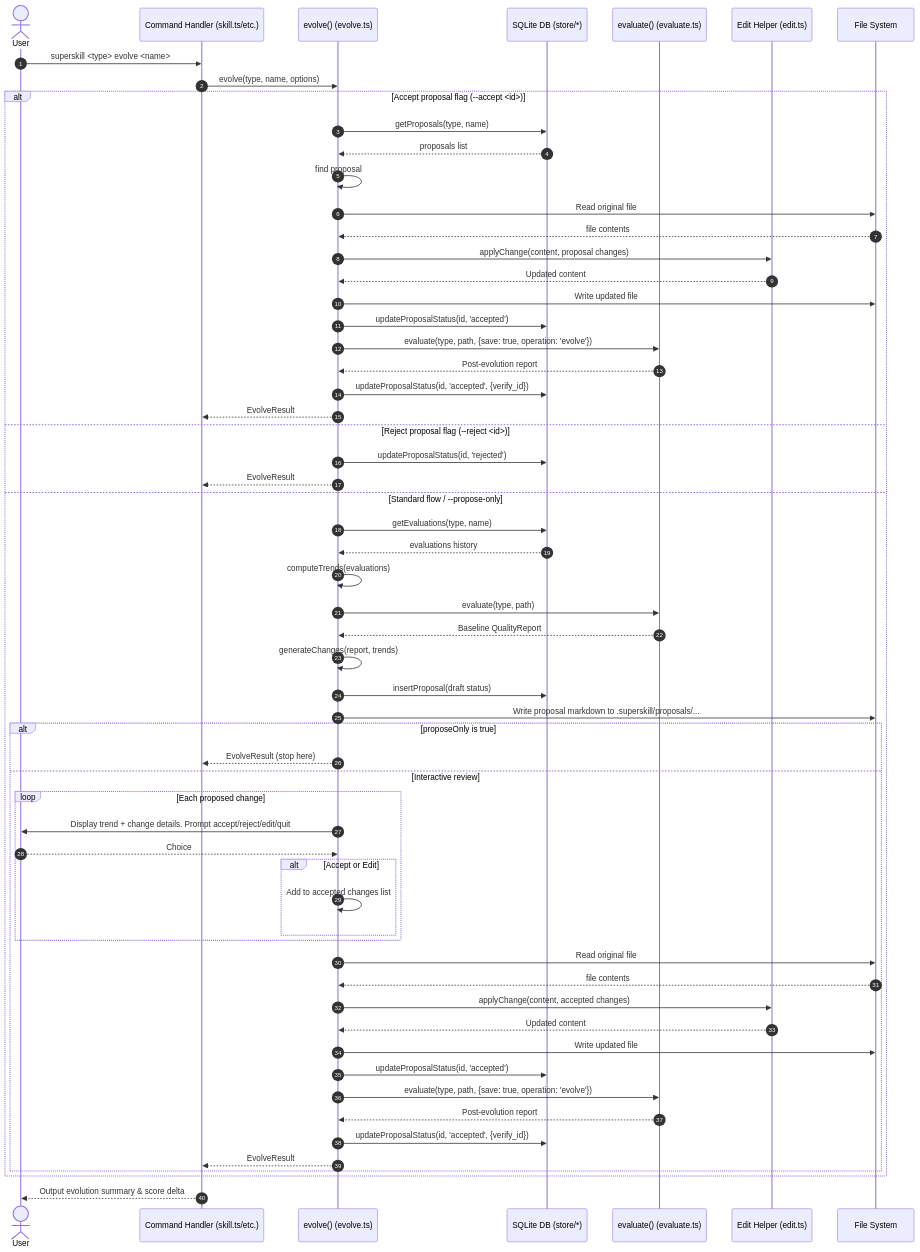
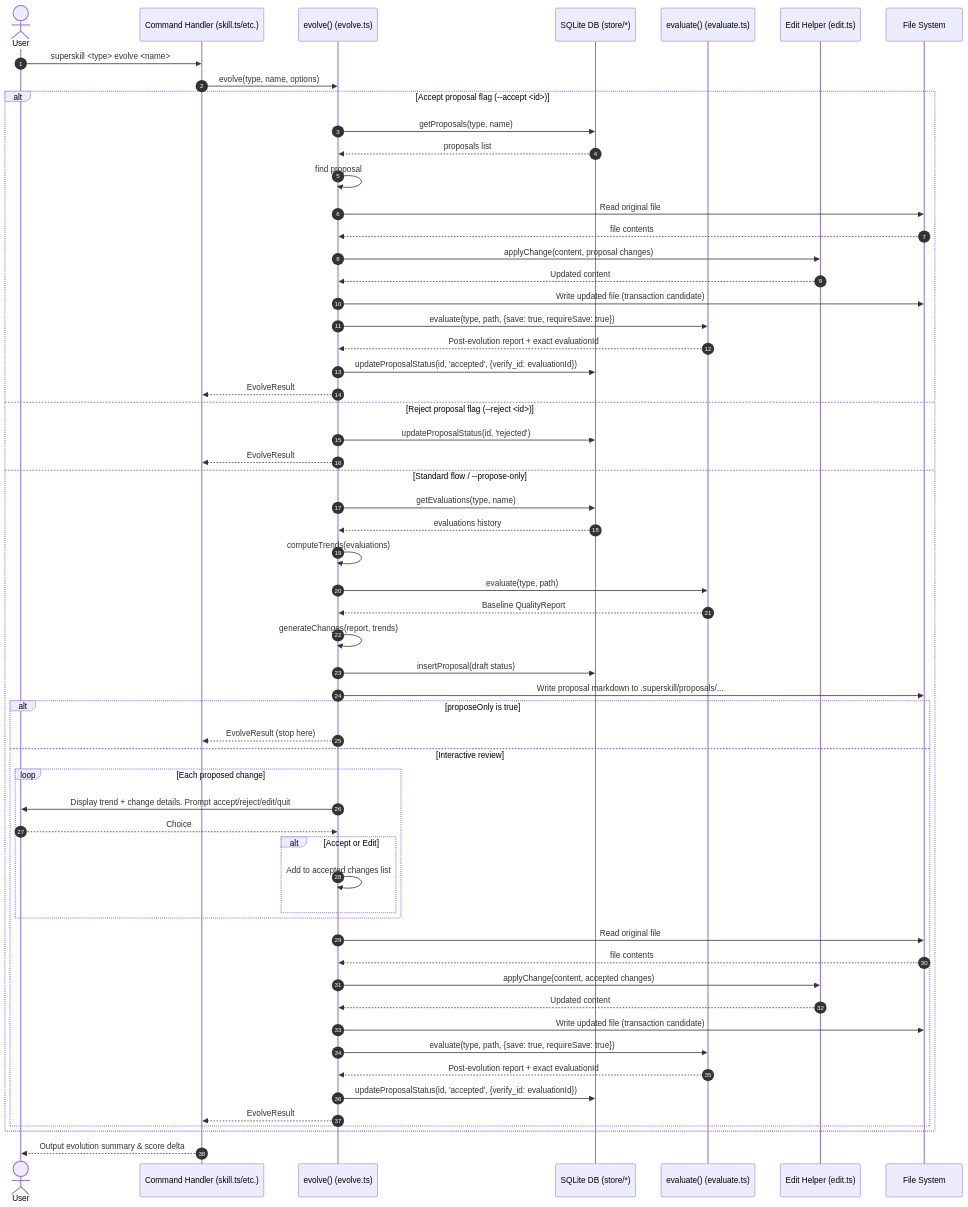
Before and after one commit to gobing-ai/superskill: the eighth of 8 diagrams in docs/03_ARCHITECTURE.md, drawn with Mermaid. The commit also changed other lines of this file and 41 other files, not shown here.

First line of the commit message:
fix(core,cli): apply SECUA and architecture review fixes for 0106 and 0107

````diff
--- a/docs/03_ARCHITECTURE.md
+++ b/docs/03_ARCHITECTURE.md
@@ -516,65 +528,63 @@
 ```mermaid
 sequenceDiagram
     autonumber
     actor User
     participant CLI as Command Handler (skill.ts/etc.)
     participant Evolve as evolve() (evolve.ts)
     participant DB as SQLite DB (store/*)
     participant Evaluate as evaluate() (evaluate.ts)
     participant Edit as Edit Helper (edit.ts)
     participant FS as File System
 
     User->>CLI: superskill <type> evolve <name>
     CLI->>Evolve: evolve(type, name, options)
     
     %% Accept/Reject sub-flows
     alt Accept proposal flag (--accept <id>)
         Evolve->>DB: getProposals(type, name)
         DB-->>Evolve: proposals list
         Evolve->>Evolve: find proposal
         Evolve->>FS: Read original file
         FS-->>Evolve: file contents
         Evolve->>Edit: applyChange(content, proposal changes)
         Edit-->>Evolve: Updated content
-        Evolve->>FS: Write updated file
-        Evolve->>DB: updateProposalStatus(id, 'accepted')
-        Evolve->>Evaluate: evaluate(type, path, {save: true, operation: 'evolve'})
-        Evaluate-->>Evolve: Post-evolution report
-        Evolve->>DB: updateProposalStatus(id, 'accepted', {verify_id})
+        Evolve->>FS: Write updated file (transaction candidate)
+        Evolve->>Evaluate: evaluate(type, path, {save: true, requireSave: true})
+        Evaluate-->>Evolve: Post-evolution report + exact evaluationId
+        Evolve->>DB: updateProposalStatus(id, 'accepted', {verify_id: evaluationId})
         Evolve-->>CLI: EvolveResult
     else Reject proposal flag (--reject <id>)
         Evolve->>DB: updateProposalStatus(id, 'rejected')
         Evolve-->>CLI: EvolveResult
     else Standard flow / --propose-only
         Evolve->>DB: getEvaluations(type, name)
         DB-->>Evolve: evaluations history
         Evolve->>Evolve: computeTrends(evaluations)
         Evolve->>Evaluate: evaluate(type, path)
         Evaluate-->>Evolve: Baseline QualityReport
         Evolve->>Evolve: generateChanges(report, trends)
         Evolve->>DB: insertProposal(draft status)
         Evolve->>FS: Write proposal markdown to .superskill/proposals/...
         alt proposeOnly is true
             Evolve-->>CLI: EvolveResult (stop here)
         else Interactive review
             loop Each proposed change
                 Evolve->>User: Display trend + change details. Prompt accept/reject/edit/quit
                 User-->>Evolve: Choice
                 alt Accept or Edit
                     Evolve->>Evolve: Add to accepted changes list
                 end
             end
             Evolve->>FS: Read original file
             FS-->>Evolve: file contents
             Evolve->>Edit: applyChange(content, accepted changes)
             Edit-->>Evolve: Updated content
-            Evolve->>FS: Write updated file
-            Evolve->>DB: updateProposalStatus(id, 'accepted')
-            Evolve->>Evaluate: evaluate(type, path, {save: true, operation: 'evolve'})
-            Evaluate-->>Evolve: Post-evolution report
-            Evolve->>DB: updateProposalStatus(id, 'accepted', {verify_id})
+            Evolve->>FS: Write updated file (transaction candidate)
+            Evolve->>Evaluate: evaluate(type, path, {save: true, requireSave: true})
+            Evaluate-->>Evolve: Post-evolution report + exact evaluationId
+            Evolve->>DB: updateProposalStatus(id, 'accepted', {verify_id: evaluationId})
             Evolve-->>CLI: EvolveResult
         end
     end
     CLI-->>User: Output evolution summary & score delta
 ```
````
